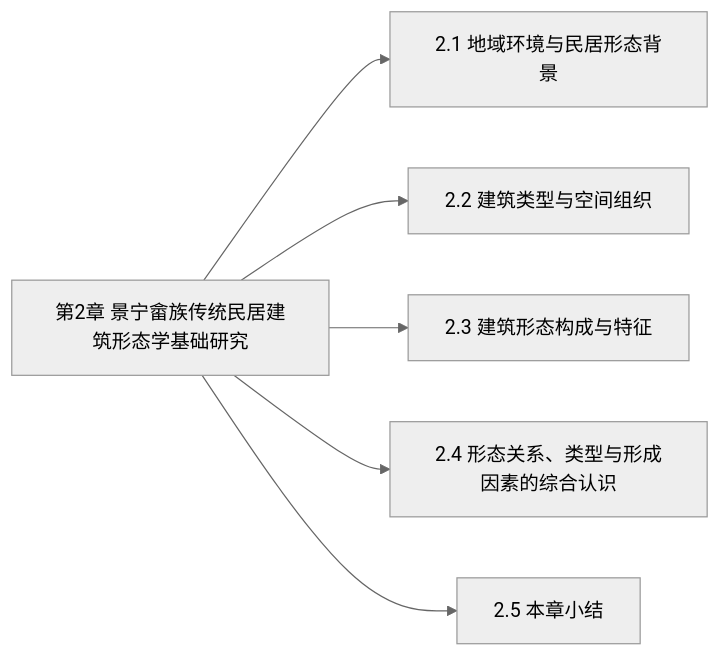
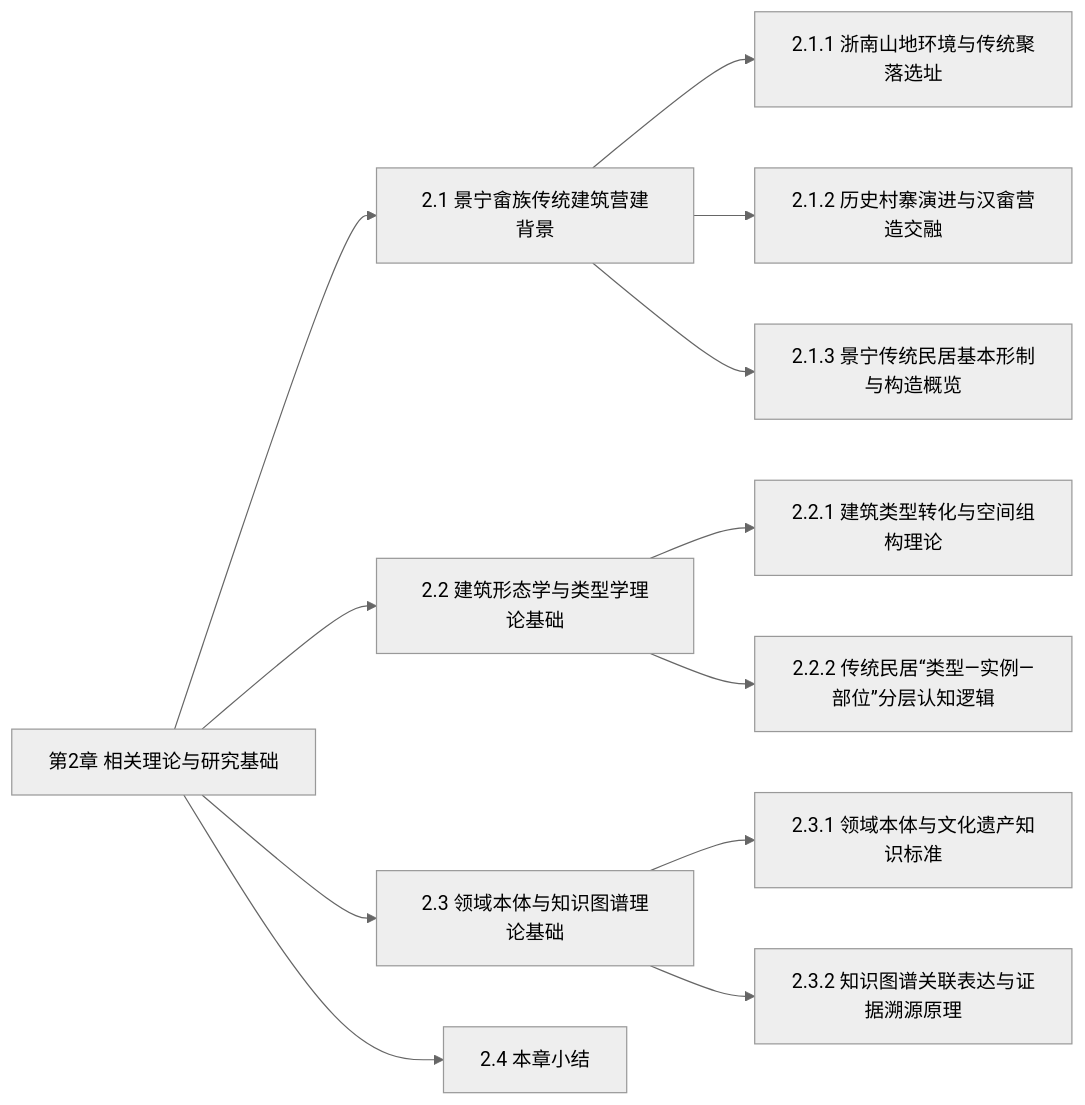
Before and after one commit to WYLINX601/Linx_paper: the diagram in 论文章节/章节导航/02-理论基础.md, drawn with Mermaid (neutral theme). The commit also changed other lines of this file and 35 other files, not shown here.

````diff
--- a/论文章节/章节导航/02-理论基础.md
+++ b/论文章节/章节导航/02-理论基础.md
@@ -77,14 +84,26 @@
 ```mermaid
 flowchart LR
-  chapter-2["第2章 景宁畲族传统民居建筑形态学基础研究"]
-  section-2-region["2.1 地域环境与民居形态背景"]
+  chapter-2["第2章 相关理论与研究基础"]
+  section-2-region["2.1 景宁畲族传统建筑营建背景"]
   chapter-2 --> section-2-region
-  section-2-type-space["2.2 建筑类型与空间组织"]
+  sub-2-1-1["2.1.1 浙南山地环境与传统聚落选址"]
+  section-2-region --> sub-2-1-1
+  sub-2-1-2["2.1.2 历史村寨演进与汉畲营造交融"]
+  section-2-region --> sub-2-1-2
+  sub-2-1-3["2.1.3 景宁传统民居基本形制与构造概览"]
+  section-2-region --> sub-2-1-3
+  section-2-type-space["2.2 建筑形态学与类型学理论基础"]
   chapter-2 --> section-2-type-space
-  section-2-form-composition["2.3 建筑形态构成与特征"]
-  chapter-2 --> section-2-form-composition
-  section-2-synthesis["2.4 形态关系、类型与形成因素的综合认识"]
-  chapter-2 --> section-2-synthesis
-  section-2-summary["2.5 本章小结"]
+  sub-2-2-1["2.2.1 建筑类型转化与空间组构理论"]
+  section-2-type-space --> sub-2-2-1
+  sub-2-2-2["2.2.2 传统民居“类型—实例—部位”分层认知逻辑"]
+  section-2-type-space --> sub-2-2-2
+  section-2-3-kg-theory["2.3 领域本体与知识图谱理论基础"]
+  chapter-2 --> section-2-3-kg-theory
+  sub-2-3-1["2.3.1 领域本体与文化遗产知识标准"]
+  section-2-3-kg-theory --> sub-2-3-1
+  sub-2-3-2["2.3.2 知识图谱关联表达与证据溯源原理"]
+  section-2-3-kg-theory --> sub-2-3-2
+  section-2-summary["2.4 本章小结"]
   chapter-2 --> section-2-summary
 ```
````
